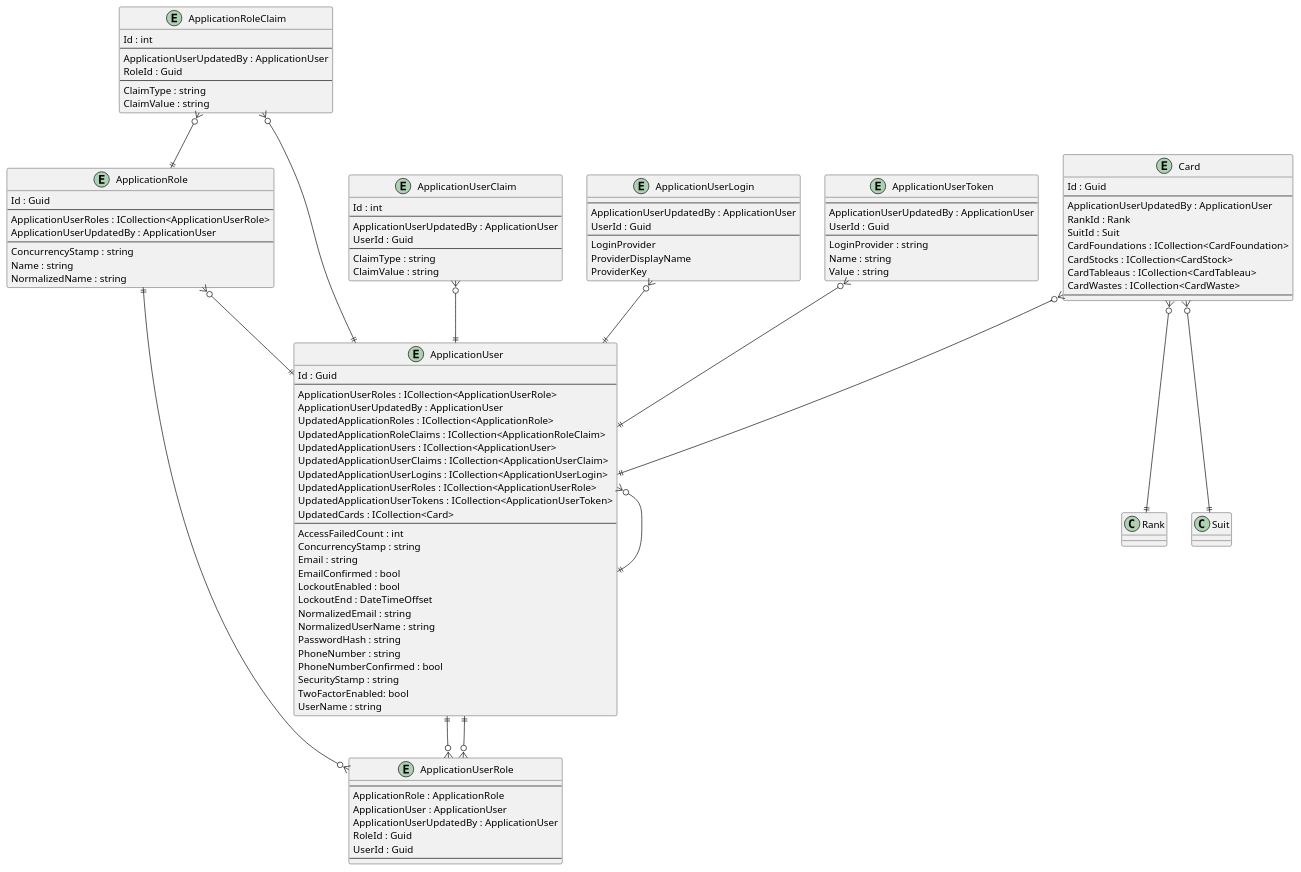
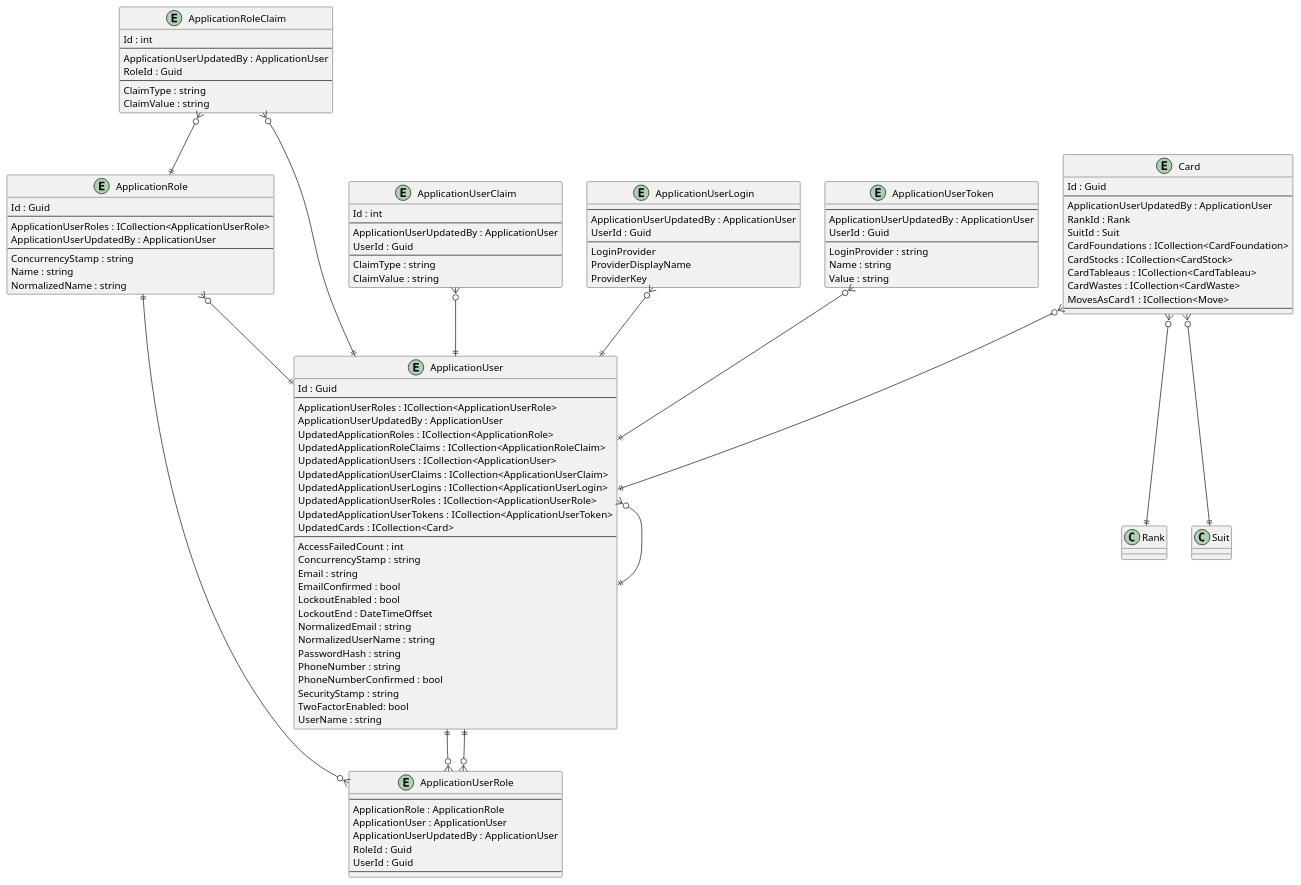
Before and after one commit to intrepion/intrepion_klondike-solitaire_csharp: the diagram in .docs/Intrepion.KlondikeSolitaire.pu, drawn with PlantUML.

```diff
--- a/.docs/Intrepion.KlondikeSolitaire.pu
+++ b/.docs/Intrepion.KlondikeSolitaire.pu
@@ -1,128 +1,129 @@
 @startuml
 
 entity ApplicationRole {
     Id : Guid
     --
     ApplicationUserRoles : ICollection<ApplicationUserRole>
     ApplicationUserUpdatedBy : ApplicationUser
     --
     ConcurrencyStamp : string
     Name : string
     NormalizedName : string
 }
 
 entity ApplicationRoleClaim {
     Id : int
     --
     ApplicationUserUpdatedBy : ApplicationUser
     RoleId : Guid
     --
     ClaimType : string
     ClaimValue : string
 }
 
 entity ApplicationUser {
     Id : Guid
     --
     ApplicationUserRoles : ICollection<ApplicationUserRole>
     ApplicationUserUpdatedBy : ApplicationUser
     UpdatedApplicationRoles : ICollection<ApplicationRole>
     UpdatedApplicationRoleClaims : ICollection<ApplicationRoleClaim>
     UpdatedApplicationUsers : ICollection<ApplicationUser>
     UpdatedApplicationUserClaims : ICollection<ApplicationUserClaim>
     UpdatedApplicationUserLogins : ICollection<ApplicationUserLogin>
     UpdatedApplicationUserRoles : ICollection<ApplicationUserRole>
     UpdatedApplicationUserTokens : ICollection<ApplicationUserToken>
     UpdatedCards : ICollection<Card>
     ' ApplicationUserKeyCodePlaceholder
     --
     AccessFailedCount : int
     ConcurrencyStamp : string
     Email : string
     EmailConfirmed : bool
     LockoutEnabled : bool
     LockoutEnd : DateTimeOffset
     NormalizedEmail : string
     NormalizedUserName : string
     PasswordHash : string
     PhoneNumber : string
     PhoneNumberConfirmed : bool
     SecurityStamp : string
     TwoFactorEnabled: bool
     UserName : string
 }
 
 entity ApplicationUserClaim {
     Id : int
     --
     ApplicationUserUpdatedBy : ApplicationUser
     UserId : Guid
     --
     ClaimType : string
     ClaimValue : string
 }
 
 entity ApplicationUserLogin {
     --
     ApplicationUserUpdatedBy : ApplicationUser
     UserId : Guid
     --
     LoginProvider
     ProviderDisplayName
     ProviderKey
 }
 
 entity ApplicationUserRole {
     --
     ApplicationRole : ApplicationRole
     ApplicationUser : ApplicationUser
     ApplicationUserUpdatedBy : ApplicationUser
     RoleId : Guid
     UserId : Guid
     --
 }
 
 entity ApplicationUserToken {
     --
     ApplicationUserUpdatedBy : ApplicationUser
     UserId : Guid
     --
     LoginProvider : string
     Name : string
     Value : string
 }
 
 entity Card {
     Id : Guid
     --
     ApplicationUserUpdatedBy : ApplicationUser
     RankId : Rank
     SuitId : Suit
     CardFoundations : ICollection<CardFoundation>
     CardStocks : ICollection<CardStock>
     CardTableaus : ICollection<CardTableau>
     CardWastes : ICollection<CardWaste>
+    MovesAsCard1 : ICollection<Move>
     ' CardKeyCodePlaceholder
     --
     ' CardPropertyCodePlaceholder
 }
 
 ' EntityCodePlaceholder
 
 ApplicationRole ||--o{ ApplicationUserRole
 ApplicationRole }o--|| ApplicationUser
 ApplicationRoleClaim }o--|| ApplicationRole
 ApplicationRoleClaim }o--|| ApplicationUser
 ApplicationUser }o--|| ApplicationUser
 ApplicationUser ||--o{ ApplicationUserRole
 ApplicationUserClaim }o--|| ApplicationUser
 ApplicationUserLogin }o--|| ApplicationUser
 ApplicationUserRole }o--|| ApplicationUser
 ApplicationUserToken }o--|| ApplicationUser
 
 Card }o--|| ApplicationUser
 Card }o--|| Rank
 Card }o--|| Suit
 ' RelationshipCodePlaceholder
 
 @enduml
```
